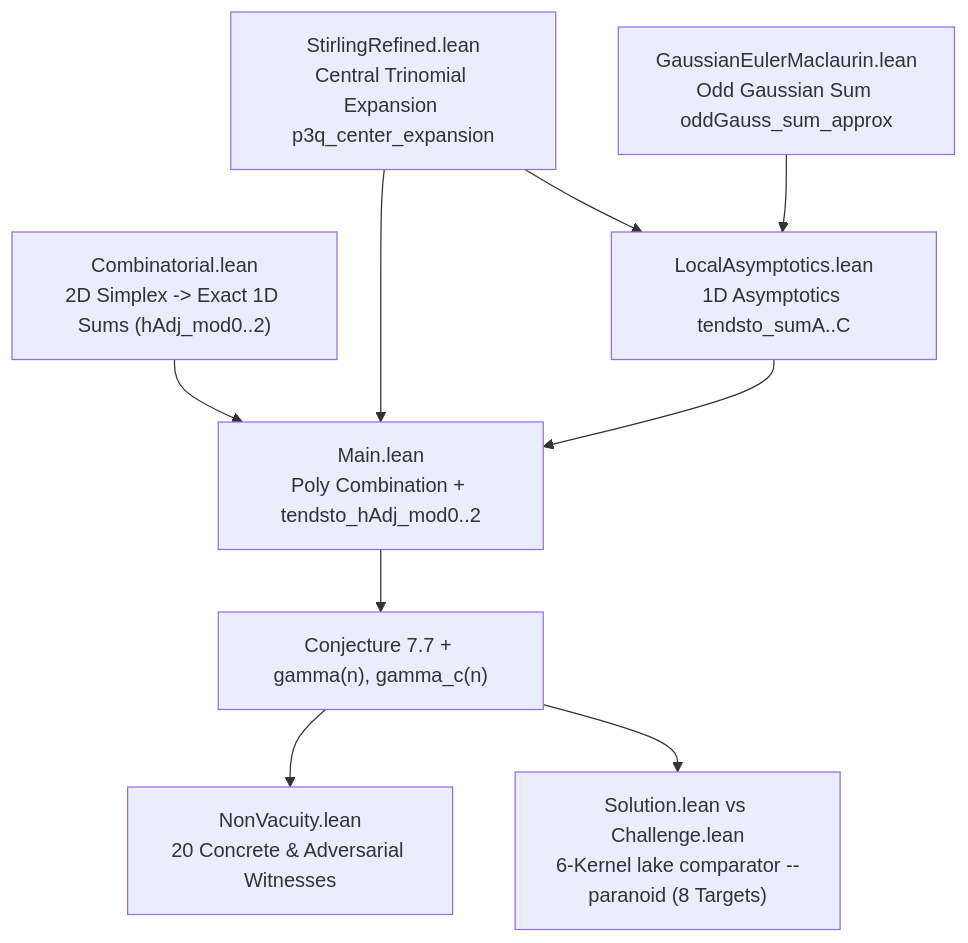
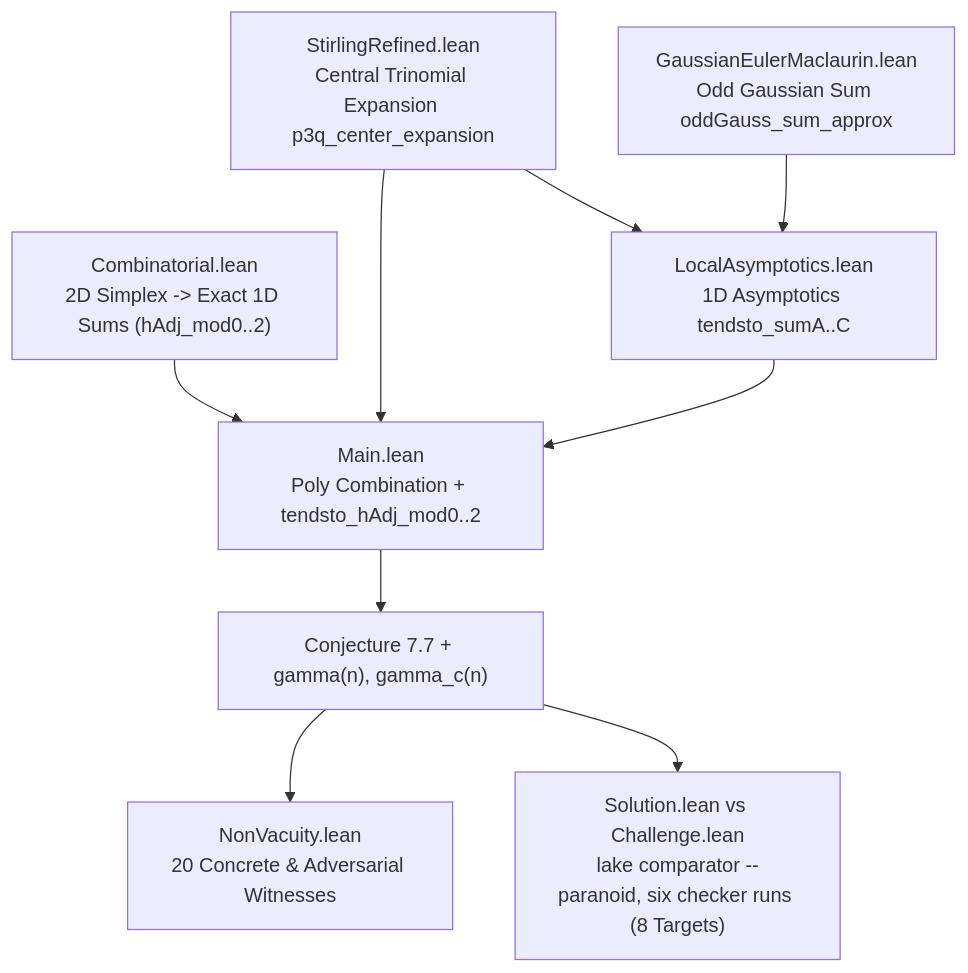
One commit to 0thernes/multinomial-tv-conjecture changed the diagram in docs/architecture.md. Above: the diagram before and after it, drawn with Mermaid. The commit also changed 8 other files, not shown here.

````diff
--- a/docs/architecture.md
+++ b/docs/architecture.md
@@ -7,11 +7,11 @@
 ```mermaid
 flowchart TD
     A["Combinatorial.lean<br/>2D Simplex -> Exact 1D Sums (hAdj_mod0..2)"] --> E["Main.lean<br/>Poly Combination + tendsto_hAdj_mod0..2"]
     B["StirlingRefined.lean<br/>Central Trinomial Expansion p3q_center_expansion"] --> E
     C["GaussianEulerMaclaurin.lean<br/>Odd Gaussian Sum oddGauss_sum_approx"] --> D["LocalAsymptotics.lean<br/>1D Asymptotics tendsto_sumA..C"]
     B --> D
     D --> E
     E --> F["Conjecture 7.7 + gamma(n), gamma_c(n)"]
     F --> G["NonVacuity.lean<br/>20 Concrete & Adversarial Witnesses"]
-    F --> H["Solution.lean vs Challenge.lean<br/>6-Kernel lake comparator --paranoid (8 Targets)"]
+    F --> H["Solution.lean vs Challenge.lean<br/>lake comparator --paranoid, six checker runs (8 Targets)"]
 ```
````
